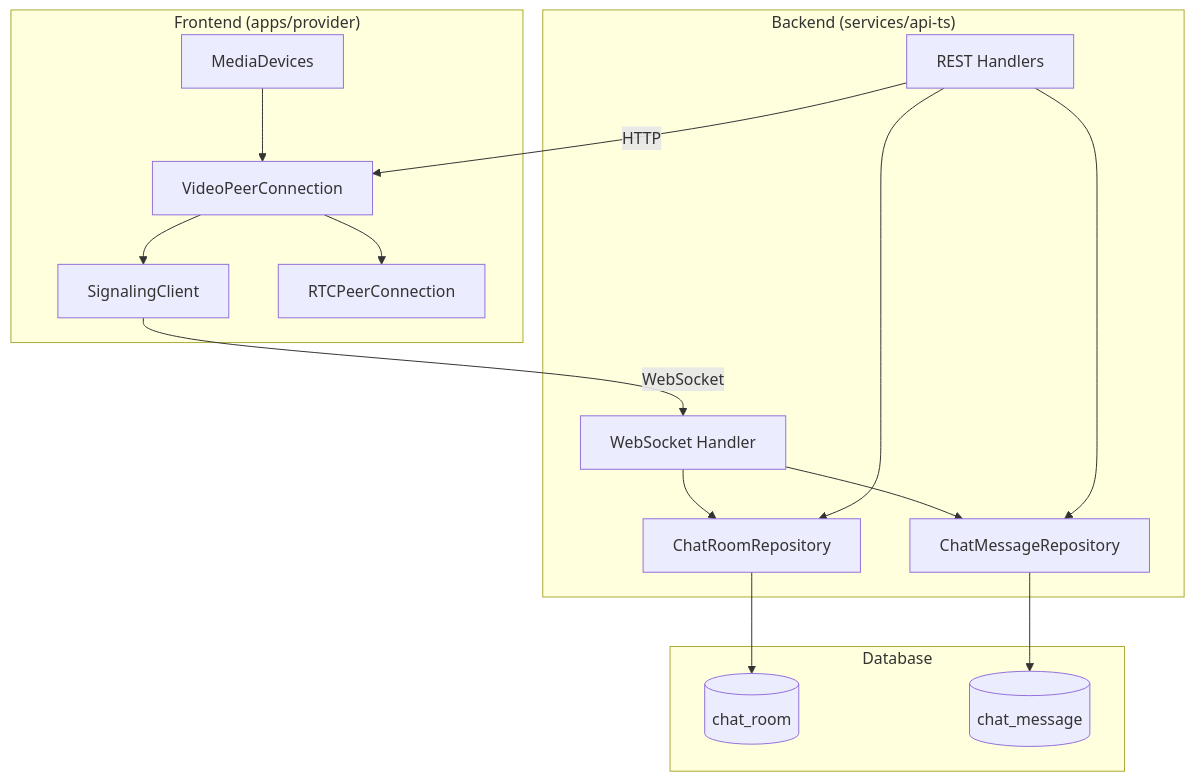
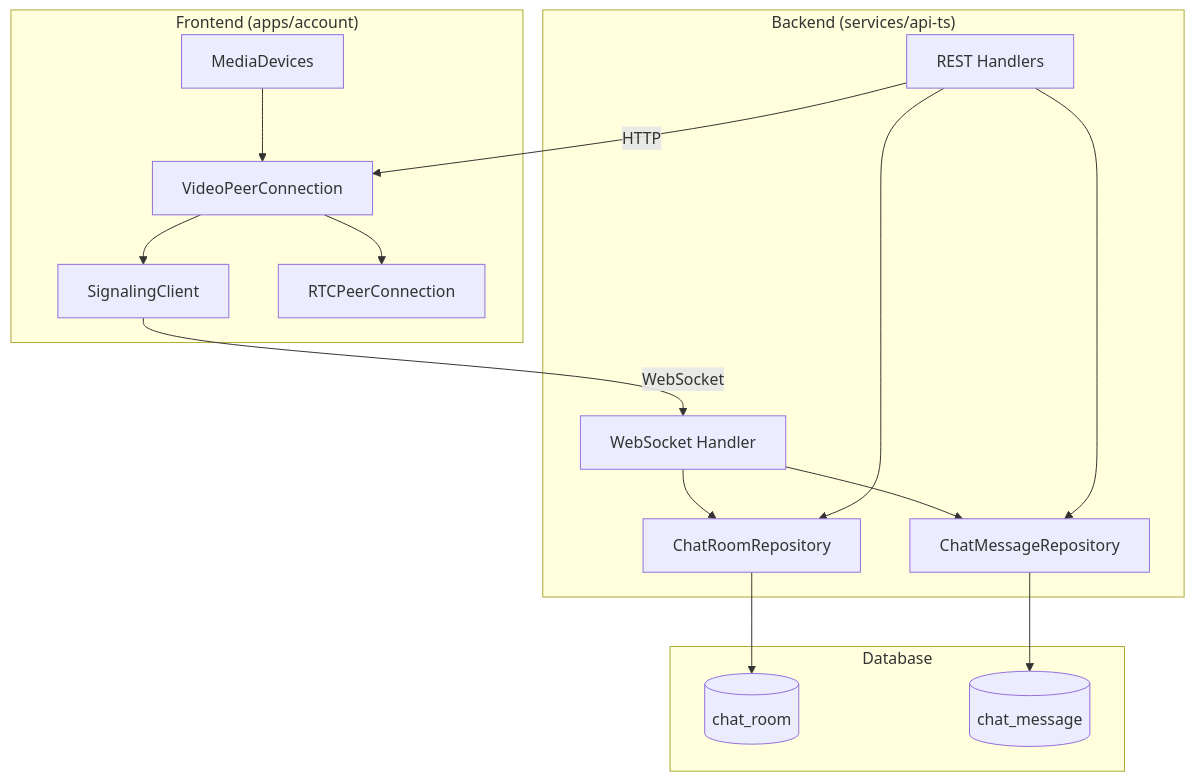
The third of 3 diagrams in services/api-ts/docs/VIDEO_CALL.md (107maginhawa/dlemon), drawn with Mermaid before and after one commit. The commit also changed other lines of this file and 4 other files, not shown here.

````diff
--- a/services/api-ts/docs/VIDEO_CALL.md
+++ b/services/api-ts/docs/VIDEO_CALL.md
@@ -88,25 +88,25 @@
 ```mermaid
 flowchart TD
-    subgraph "Frontend (apps/provider)"
+    subgraph "Frontend (apps/account)"
         A[VideoPeerConnection] --> B[SignalingClient]
         A --> C[RTCPeerConnection]
         D[MediaDevices] --> A
     end
 
     subgraph "Backend (services/api-ts)"
         E[WebSocket Handler] --> F[ChatRoomRepository]
         E --> G[ChatMessageRepository]
         H[REST Handlers] --> F
         H --> G
     end
 
     subgraph "Database"
         I[(chat_room)]
         J[(chat_message)]
     end
 
     B -->|WebSocket| E
     F --> I
     G --> J
     H -->|HTTP| A
 ```
````
